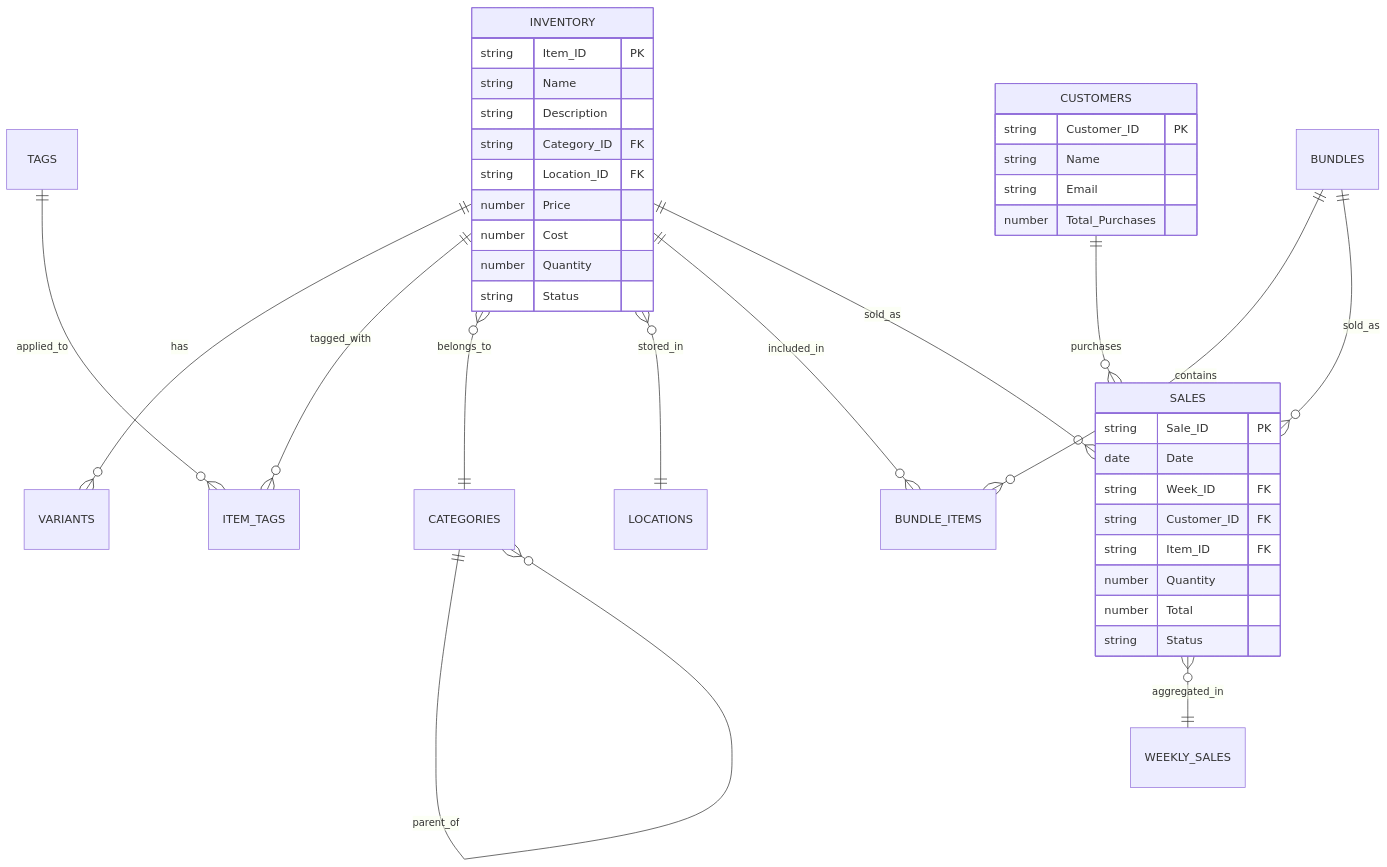
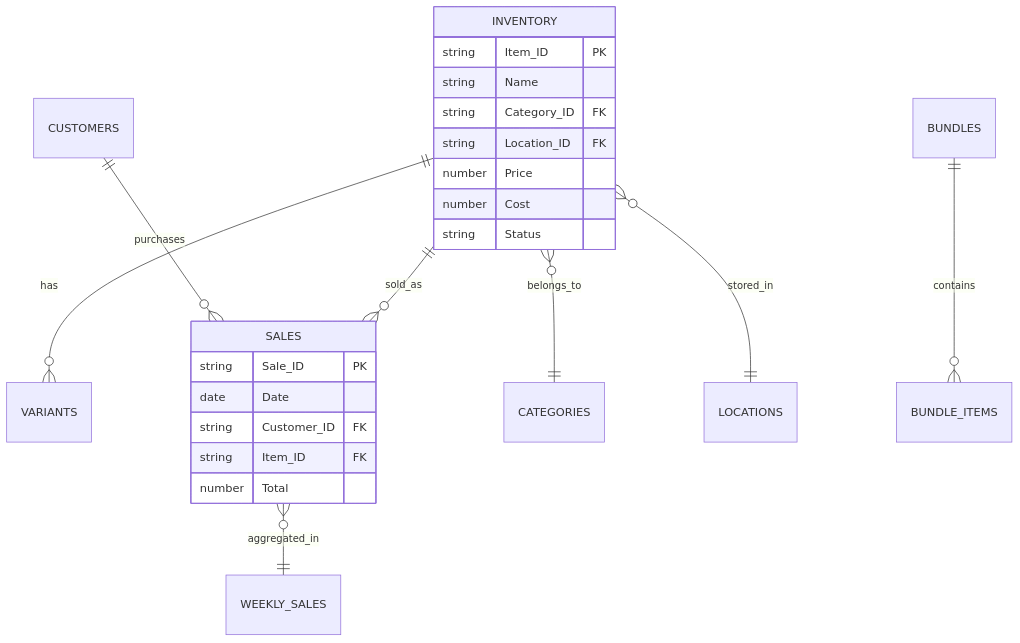
Before and after one commit to calebsandler/test-appscript: the third of 3 diagrams in README.md, drawn with Mermaid. The commit also changed other lines of this file, not shown here.

First line of the commit message:
docs: condense README and fix Mermaid rendering issues

````diff
--- a/README.md
+++ b/README.md
@@ -306,50 +127,28 @@
 ```mermaid
 erDiagram
-    INVENTORY ||--o{ VARIANTS : "has"
-    INVENTORY ||--o{ ITEM_TAGS : "tagged_with"
-    INVENTORY }o--|| CATEGORIES : "belongs_to"
-    INVENTORY }o--|| LOCATIONS : "stored_in"
-    INVENTORY ||--o{ BUNDLE_ITEMS : "included_in"
-    INVENTORY ||--o{ SALES : "sold_as"
-
-    BUNDLES ||--o{ BUNDLE_ITEMS : "contains"
-    BUNDLES ||--o{ SALES : "sold_as"
-
-    TAGS ||--o{ ITEM_TAGS : "applied_to"
-
-    CATEGORIES ||--o{ CATEGORIES : "parent_of"
-
-    CUSTOMERS ||--o{ SALES : "purchases"
-
-    SALES }o--|| WEEKLY_SALES : "aggregated_in"
+    INVENTORY ||--o{ VARIANTS : has
+    INVENTORY ||--o{ SALES : sold_as
+    INVENTORY }o--|| CATEGORIES : belongs_to
+    INVENTORY }o--|| LOCATIONS : stored_in
+    BUNDLES ||--o{ BUNDLE_ITEMS : contains
+    CUSTOMERS ||--o{ SALES : purchases
+    SALES }o--|| WEEKLY_SALES : aggregated_in
 
     INVENTORY {
         string Item_ID PK
         string Name
-        string Description
         string Category_ID FK
         string Location_ID FK
         number Price
         number Cost
-        number Quantity
         string Status
     }
 
     SALES {
         string Sale_ID PK
         date Date
-        string Week_ID FK
         string Customer_ID FK
         string Item_ID FK
-        number Quantity
         number Total
-        string Status
-    }
-
-    CUSTOMERS {
-        string Customer_ID PK
-        string Name
-        string Email
-        number Total_Purchases
     }
 ```
````
